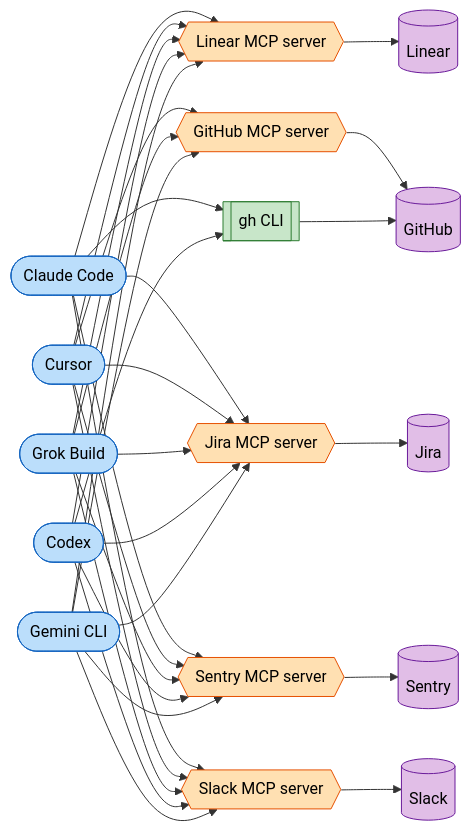
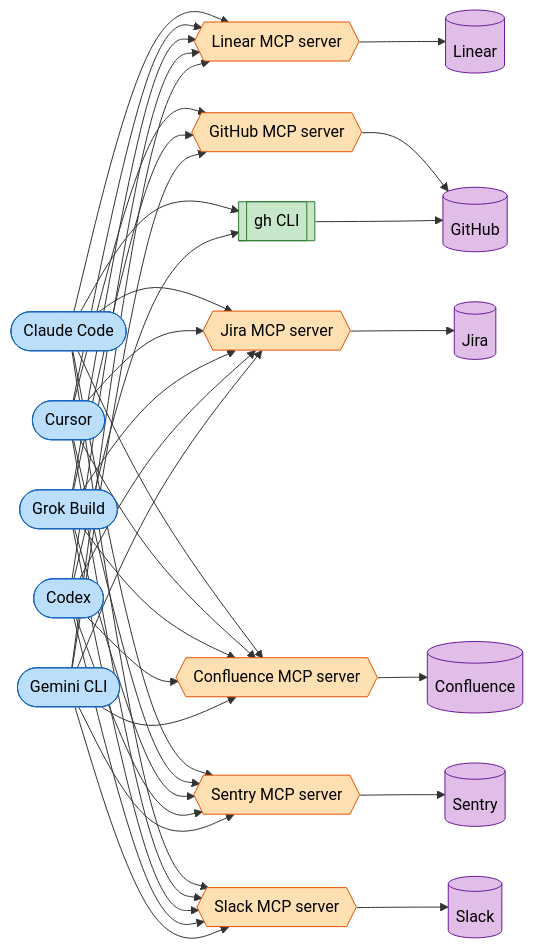
Before and after one commit to alephic-ai/foac: the first of 2 diagrams in README.md, drawn with Mermaid. The commit also changed other lines of this file and 14 other files, not shown here.

First line of the commit message:
feat: add a Confluence provider (#72) (#80)

````diff
--- a/README.md
+++ b/README.md
@@ -19,22 +19,23 @@
 ```mermaid
 graph LR
-    CC([Claude Code]) --> LMCP & GHCLI & JMCP & SMCP & SLMCP
-    CU([Cursor]) --> LMCP & GHMCP & JMCP & SMCP & SLMCP
-    GRK([Grok Build]) --> LMCP & GHMCP & JMCP & SMCP & SLMCP
-    CX([Codex]) --> LMCP & GHCLI & JMCP & SMCP & SLMCP
-    GEM([Gemini CLI]) --> LMCP & GHMCP & JMCP & SMCP & SLMCP
+    CC([Claude Code]) --> LMCP & GHCLI & JMCP & CMCP & SMCP & SLMCP
+    CU([Cursor]) --> LMCP & GHMCP & JMCP & CMCP & SMCP & SLMCP
+    GRK([Grok Build]) --> LMCP & GHMCP & JMCP & CMCP & SMCP & SLMCP
+    CX([Codex]) --> LMCP & GHCLI & JMCP & CMCP & SMCP & SLMCP
+    GEM([Gemini CLI]) --> LMCP & GHMCP & JMCP & CMCP & SMCP & SLMCP
     LMCP{{Linear MCP server}} --> Linear[(Linear)]
     GHMCP{{GitHub MCP server}} --> GitHub[(GitHub)]
     GHCLI[[gh CLI]] --> GitHub
     JMCP{{Jira MCP server}} --> Jira[(Jira)]
+    CMCP{{Confluence MCP server}} --> Confluence[(Confluence)]
     SMCP{{Sentry MCP server}} --> Sentry[(Sentry)]
     SLMCP{{Slack MCP server}} --> Slack[(Slack)]
     classDef harness fill:#bbdefb,stroke:#1565c0,color:#000
     classDef mcp fill:#ffe0b2,stroke:#e65100,color:#000
     classDef cli fill:#c8e6c9,stroke:#2e7d32,color:#000
     classDef provider fill:#e1bee7,stroke:#6a1b9a,color:#000
     class CC,CU,GRK,CX,GEM harness
-    class LMCP,GHMCP,JMCP,SMCP,SLMCP mcp
+    class LMCP,GHMCP,JMCP,CMCP,SMCP,SLMCP mcp
     class GHCLI cli
-    class Linear,GitHub,Jira,Sentry,Slack provider
+    class Linear,GitHub,Jira,Confluence,Sentry,Slack provider
 ```
````
